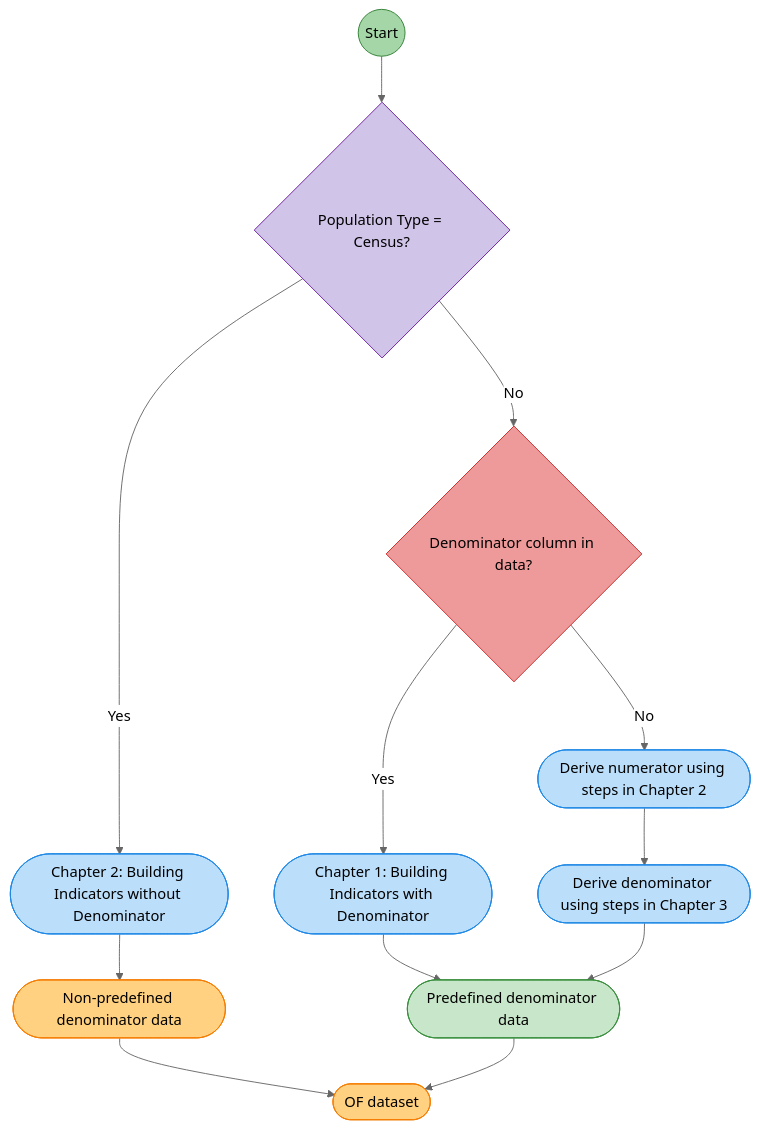
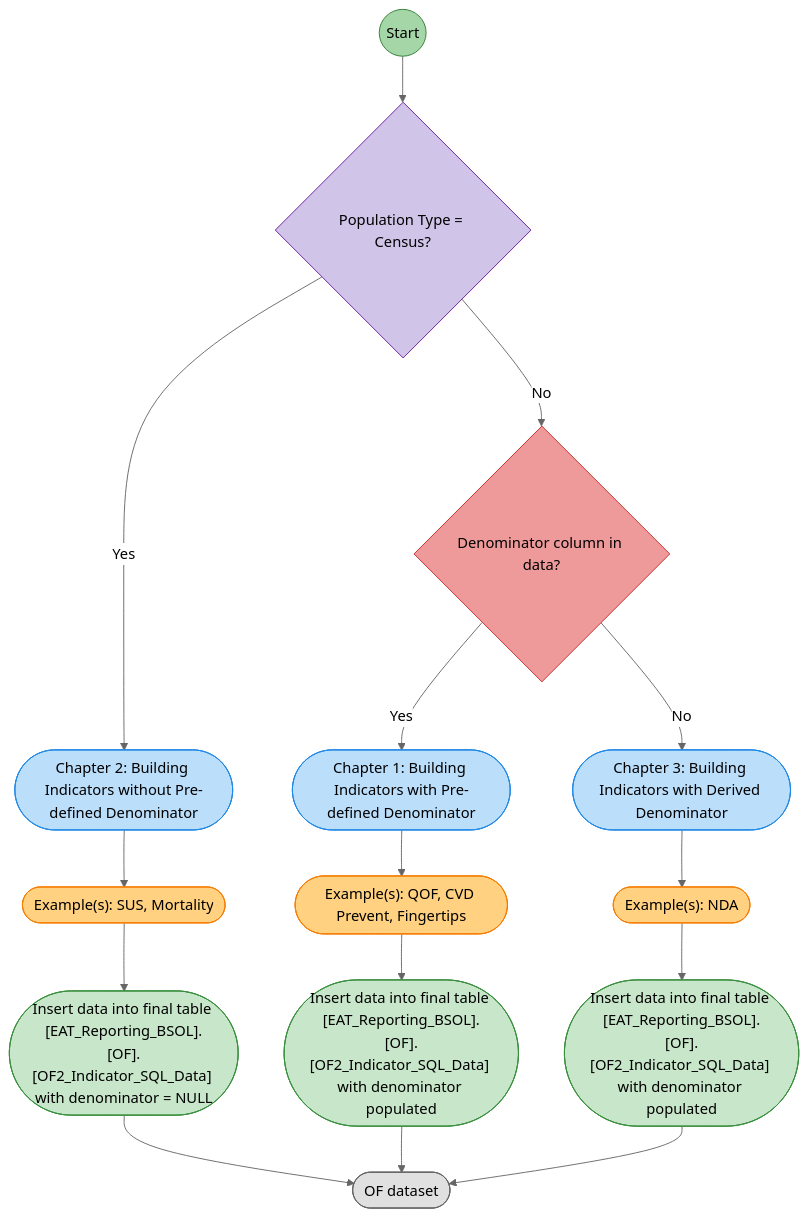
One commit to chrismainey/2_BSOL_Outcomes_Framework changed the diagram in R/OF_process_documentation.qmd. Above: the diagram before and after it, drawn with Mermaid (neutral theme). The commit also changed other lines of this file, not shown here.

````diff
--- a/R/OF_process_documentation.qmd
+++ b/R/OF_process_documentation.qmd
@@ -111,43 +114,52 @@
 ```{mermaid}
+
 flowchart TB
 A((Start))
 B{"Population Type = Census?"}
 C{"Denominator column in data?"}
 
-L1(["Chapter 2: Building Indicators without Denominator"])
-L2(["Non-predefined denominator data"])
-L3(["OF dataset"])
+L1(["Chapter 2: Building Indicators without Pre-defined Denominator"])
+L2(["Example(s): SUS, Mortality"])
+L3(["Insert data into final table [EAT_Reporting_BSOL].[OF].[OF2_Indicator_SQL_Data] with denominator = NULL "])
+L4(["OF dataset"])
 
-M1(["Chapter 1: Building Indicators with Denominator"])
-M2(["Predefined denominator data"])
+M1(["Chapter 1: Building Indicators with Pre-defined Denominator"])
+M2(["Example(s): QOF, CVD Prevent, Fingertips"])
+M3(["Insert data into final table [EAT_Reporting_BSOL].[OF].[OF2_Indicator_SQL_Data] with denominator populated"])
 
-R1(["Derive numerator using steps in Chapter 2"])
-R2(["Derive denominator using steps in Chapter 3"])
+R1(["Chapter 3: Building Indicators with Derived Denominator"])
+R2(["Example(s): NDA"])
+R3(["Insert data into final table [EAT_Reporting_BSOL].[OF].[OF2_Indicator_SQL_Data] with denominator populated"])
 
 A --> B
 B -- "Yes" --> L1
 B -- "No" --> C
 C -- "Yes" --> M1
 C -- "No" --> R1
 R1 --> R2
+R2 --> R3
+R3 --> L4
 L1 --> L2
+L2 --> L3
+L3 --> L4
 M1 --> M2
-R2 --> M2
-L2 --> L3
-M2 --> L3
+M2 --> M3
+M3 --> L4
 
 classDef start fill:#A5D6A7,stroke:#2E7D32,stroke-width:1px,color:#000
 classDef decision1 fill:#D1C4E9,stroke:#6A1B9A,stroke-width:1px,color:#000
 classDef decision2 fill:#EF9A9A,stroke:#C62828,stroke-width:1px,color:#000
 classDef step fill:#BBDEFB,stroke:#1E88E5,stroke-width:1px,color:#000
 classDef orange fill:#FFD180,stroke:#F57C00,stroke-width:1px,color:#000
 classDef green fill:#C8E6C9,stroke:#388E3C,stroke-width:1px,color:#000
+classDef grey fill:#E0E0E0,stroke:#616161,stroke-width:1px,color:#000
 
 class A start
 class B decision1
 class C decision2
-class L1,M1,R1,R2 step
-class L2 orange
-class M2 green
-class L3 orange
+class L1,M1,R1 step
+class L2,M2,R2 orange
+class L3,M3,R3 green
+class L4 grey
+
 ```
````
